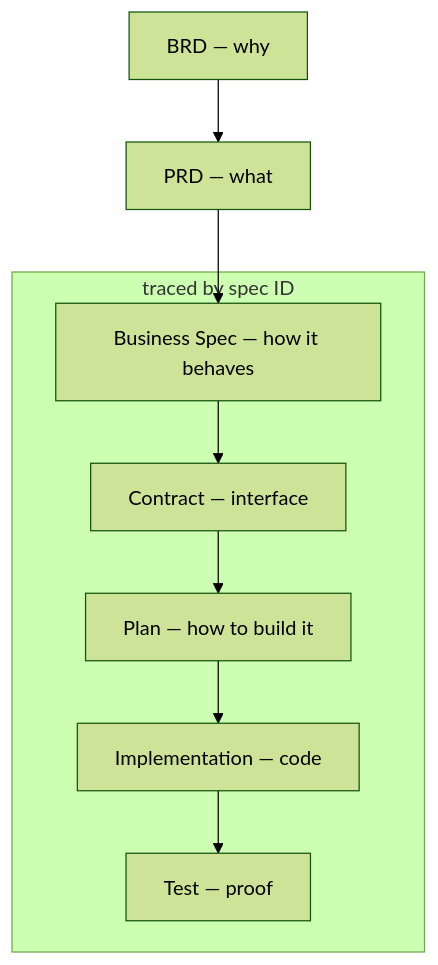
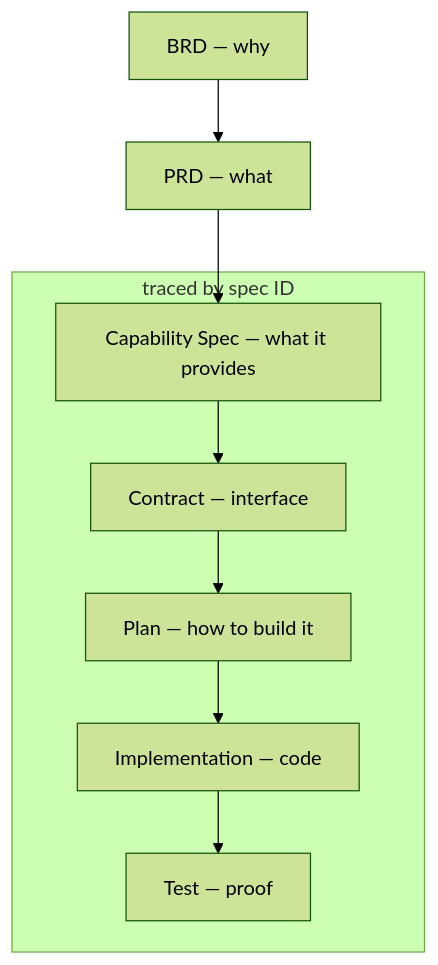
Before and after one commit to foreachpartners/main-spex: the first of 2 diagrams in README.md, drawn with Mermaid (forest theme). The commit also changed other lines of this file and 147 other files, not shown here.

````diff
--- a/README.md
+++ b/README.md
@@ -87,12 +87,12 @@
 ```mermaid
 flowchart TD
     BRD["BRD — why"] --> PRD["PRD — what"]
-    PRD --> Biz
+    PRD --> Cap
 
     subgraph Traced ["traced by spec ID"]
-        Biz["Business Spec — how it behaves"] --> Contract["Contract — interface"]
+        Cap["Capability Spec — what it provides"] --> Contract["Contract — interface"]
         Contract --> Plan["Plan — how to build it"]
         Plan --> Impl["Implementation — code"]
         Impl --> Test["Test — proof"]
     end
 ```
````
